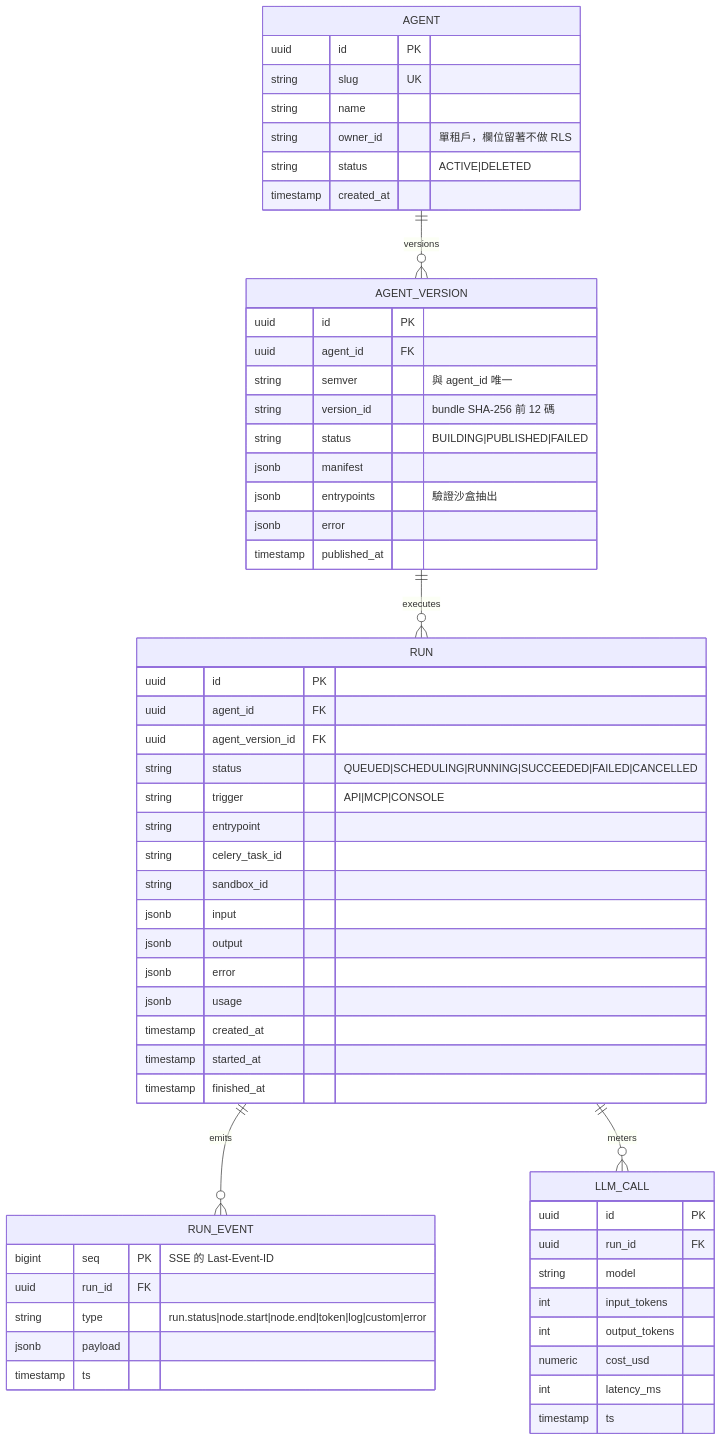
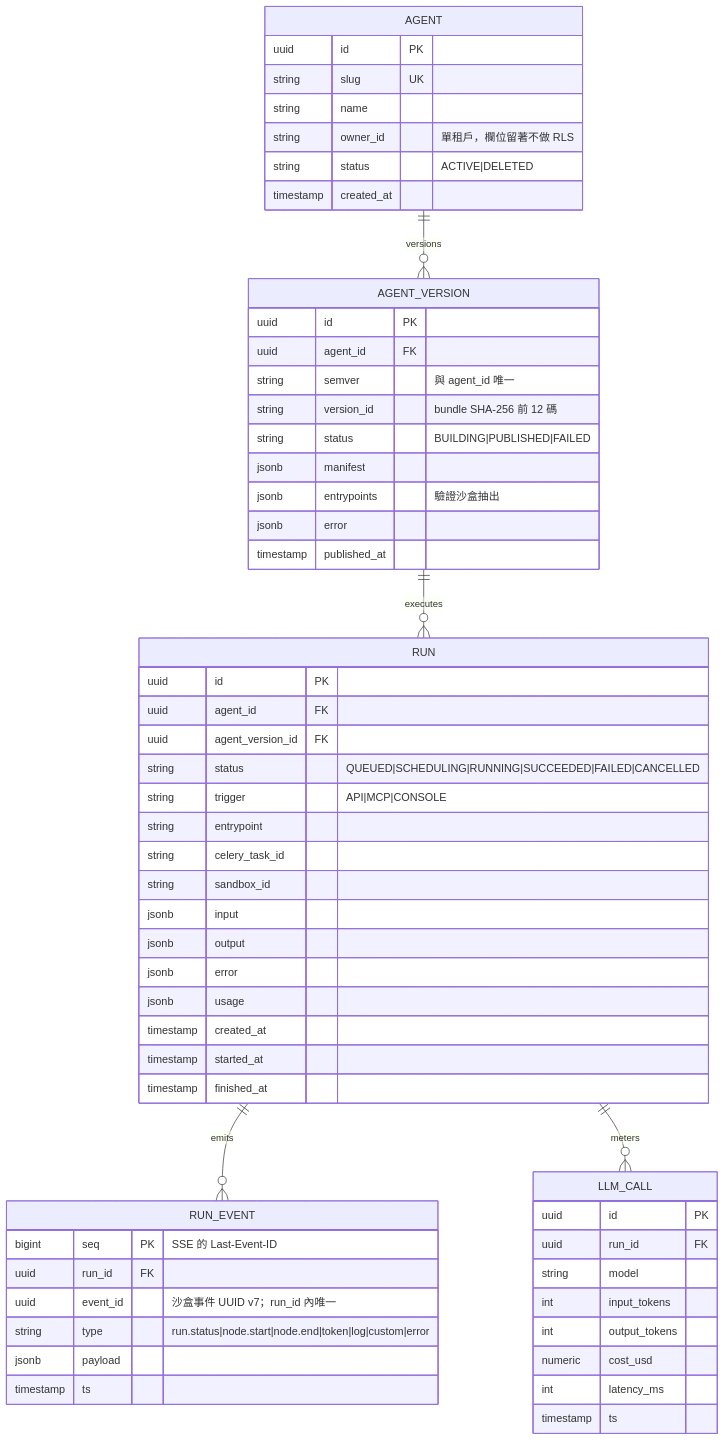
The tenth of 11 diagrams in docs/architecture/detailed-architecture.md (william9998/Zentra), drawn with Mermaid before and after one commit. The commit also changed other lines of this file and 59 other files, not shown here.

````diff
--- a/docs/architecture/detailed-architecture.md
+++ b/docs/architecture/detailed-architecture.md
@@ -449,61 +451,62 @@
 ```mermaid
 erDiagram
     AGENT ||--o{ AGENT_VERSION : versions
     AGENT_VERSION ||--o{ RUN : executes
     RUN ||--o{ RUN_EVENT : emits
     RUN ||--o{ LLM_CALL : meters
 
     AGENT {
         uuid id PK
         string slug UK
         string name
         string owner_id "單租戶，欄位留著不做 RLS"
         string status "ACTIVE|DELETED"
         timestamp created_at
     }
     AGENT_VERSION {
         uuid id PK
         uuid agent_id FK
         string semver "與 agent_id 唯一"
         string version_id "bundle SHA-256 前 12 碼"
         string status "BUILDING|PUBLISHED|FAILED"
         jsonb manifest
         jsonb entrypoints "驗證沙盒抽出"
         jsonb error
         timestamp published_at
     }
     RUN {
         uuid id PK
         uuid agent_id FK
         uuid agent_version_id FK
         string status "QUEUED|SCHEDULING|RUNNING|SUCCEEDED|FAILED|CANCELLED"
         string trigger "API|MCP|CONSOLE"
         string entrypoint
         string celery_task_id
         string sandbox_id
         jsonb input
         jsonb output
         jsonb error
         jsonb usage
         timestamp created_at
         timestamp started_at
         timestamp finished_at
     }
     RUN_EVENT {
         bigint seq PK "SSE 的 Last-Event-ID"
         uuid run_id FK
+        uuid event_id "沙盒事件 UUID v7；run_id 內唯一"
         string type "run.status|node.start|node.end|token|log|custom|error"
         jsonb payload
         timestamp ts
     }
     LLM_CALL {
         uuid id PK
         uuid run_id FK
         string model
         int input_tokens
         int output_tokens
         numeric cost_usd
         int latency_ms
         timestamp ts
     }
 ```
````
